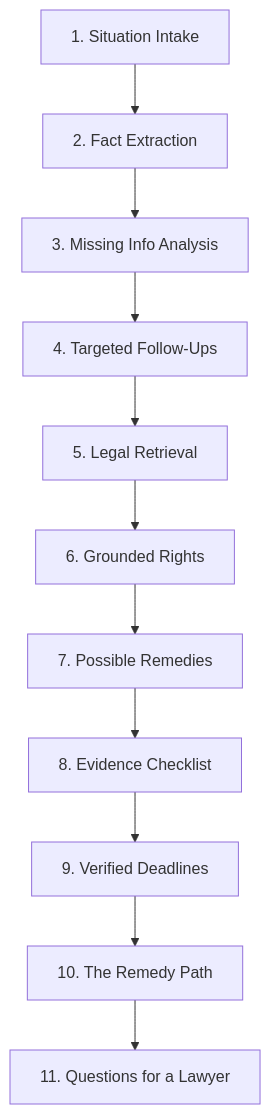
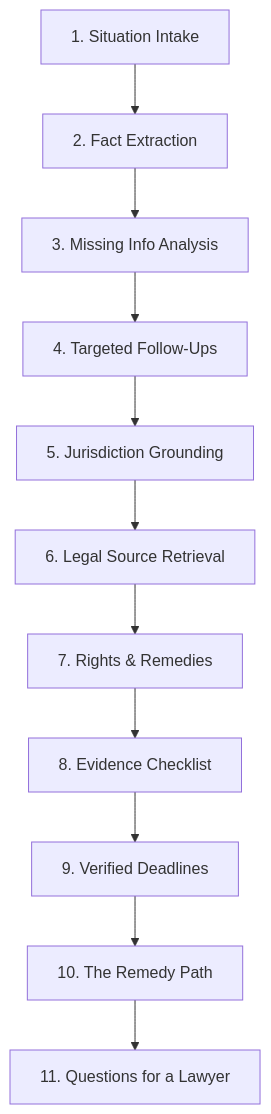
One commit to jeevanrao2007-debug/RIGHTS-AND-REMEDY changed the first of 3 diagrams in README.md. Above: the diagram before and after it, drawn with Mermaid. The commit also changed other lines of this file, not shown here.

````diff
--- a/README.md
+++ b/README.md
@@ -127,13 +98,13 @@
 ```mermaid
 flowchart TD
     S1[1. Situation Intake] --> S2[2. Fact Extraction]
     S2 --> S3[3. Missing Info Analysis]
     S3 --> S4[4. Targeted Follow-Ups]
-    S4 --> S5[5. Legal Retrieval]
-    S5 --> S6[6. Grounded Rights]
-    S6 --> S7[7. Possible Remedies]
+    S4 --> S5[5. Jurisdiction Grounding]
+    S5 --> S6[6. Legal Source Retrieval]
+    S6 --> S7[7. Rights & Remedies]
     S7 --> S8[8. Evidence Checklist]
     S8 --> S9[9. Verified Deadlines]
     S9 --> S10[10. The Remedy Path]
     S10 --> S11[11. Questions for a Lawyer]
 ```
````
